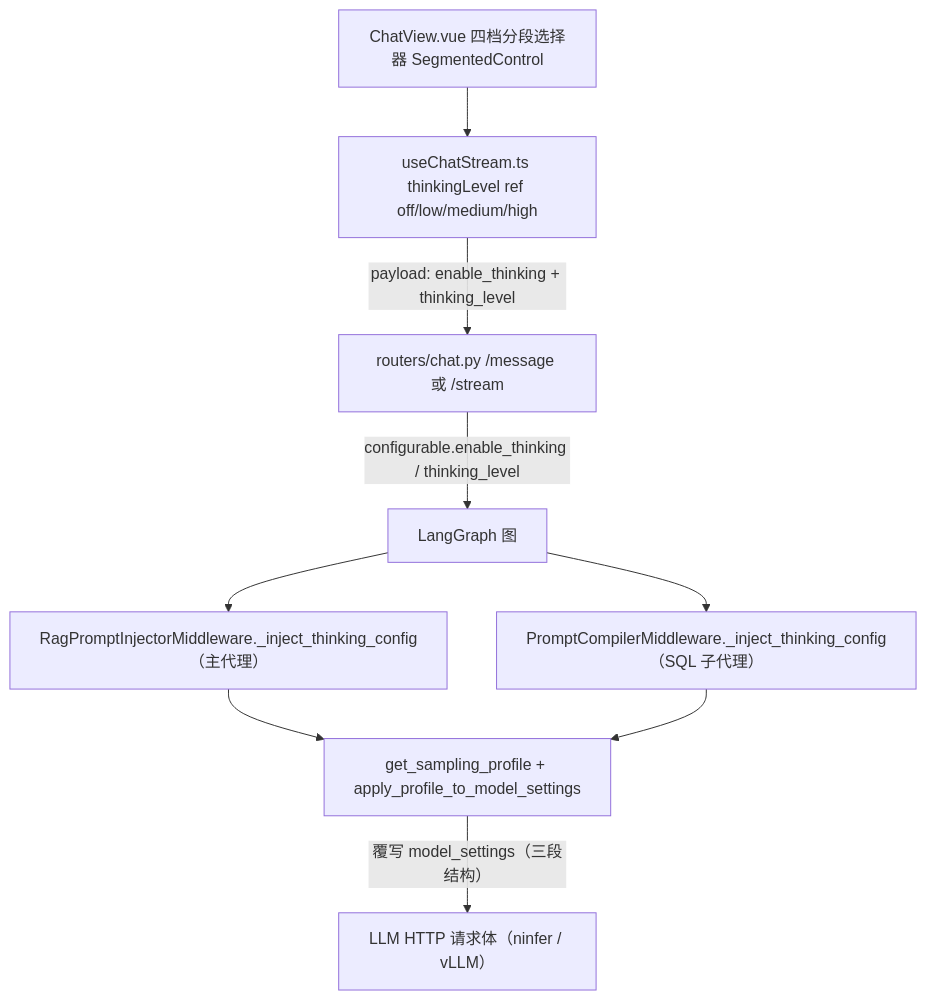
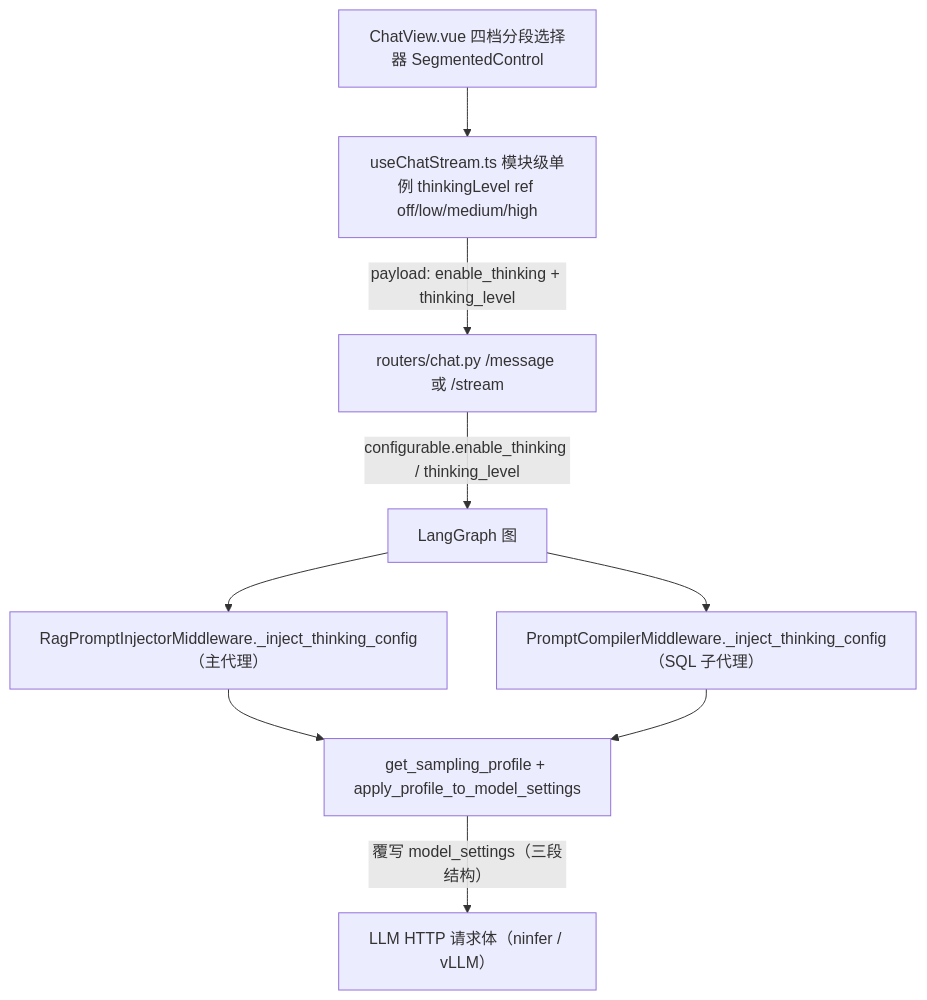
The diagram in openwiki/architecture/sampling-profiles.md (juliusceasar1130/react_agent), drawn with Mermaid before and after one commit. The commit also changed other lines of this file and 15 other files, not shown here.

````diff
--- a/openwiki/architecture/sampling-profiles.md
+++ b/openwiki/architecture/sampling-profiles.md
@@ -136,11 +136,11 @@
 ```mermaid
 flowchart TD
-    UI["ChatView.vue 四档分段选择器 SegmentedControl"] --> CS["useChatStream.ts thinkingLevel ref off/low/medium/high"]
+    UI["ChatView.vue 四档分段选择器 SegmentedControl"] --> CS["useChatStream.ts 模块级单例 thinkingLevel ref off/low/medium/high"]
     CS -->|"payload: enable_thinking + thinking_level"| R["routers/chat.py /message 或 /stream"]
     R -->|"configurable.enable_thinking / thinking_level"| G["LangGraph 图"]
     G --> M1["RagPromptInjectorMiddleware._inject_thinking_config（主代理）"]
     G --> M2["PromptCompilerMiddleware._inject_thinking_config（SQL 子代理）"]
     M1 --> L["get_sampling_profile + apply_profile_to_model_settings"]
     M2 --> L
     L -->|"覆写 model_settings（三段结构）"| LLM["LLM HTTP 请求体（ninfer / vLLM）"]
 ```
````
